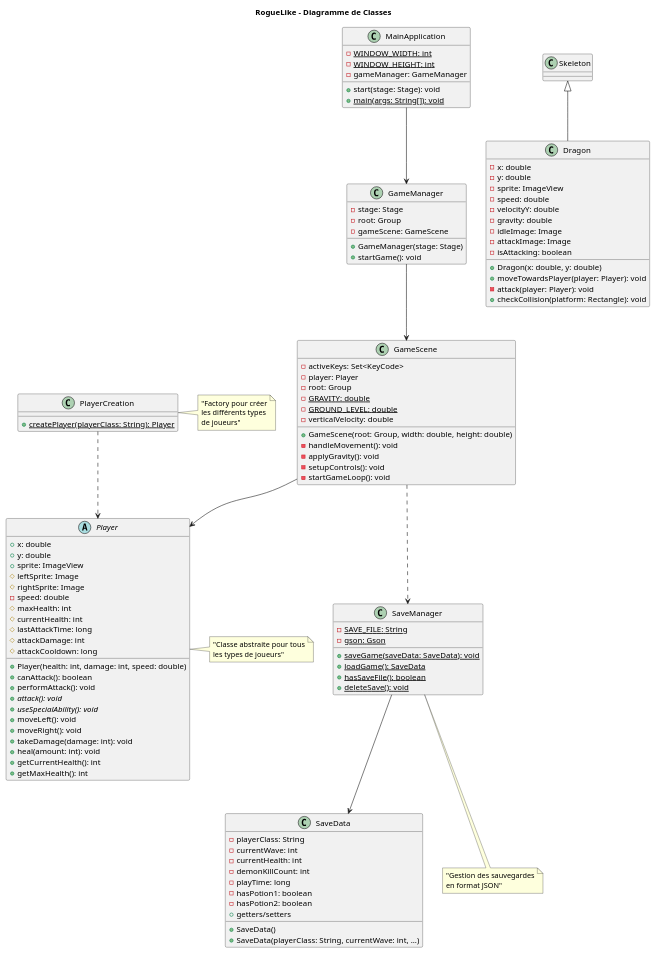
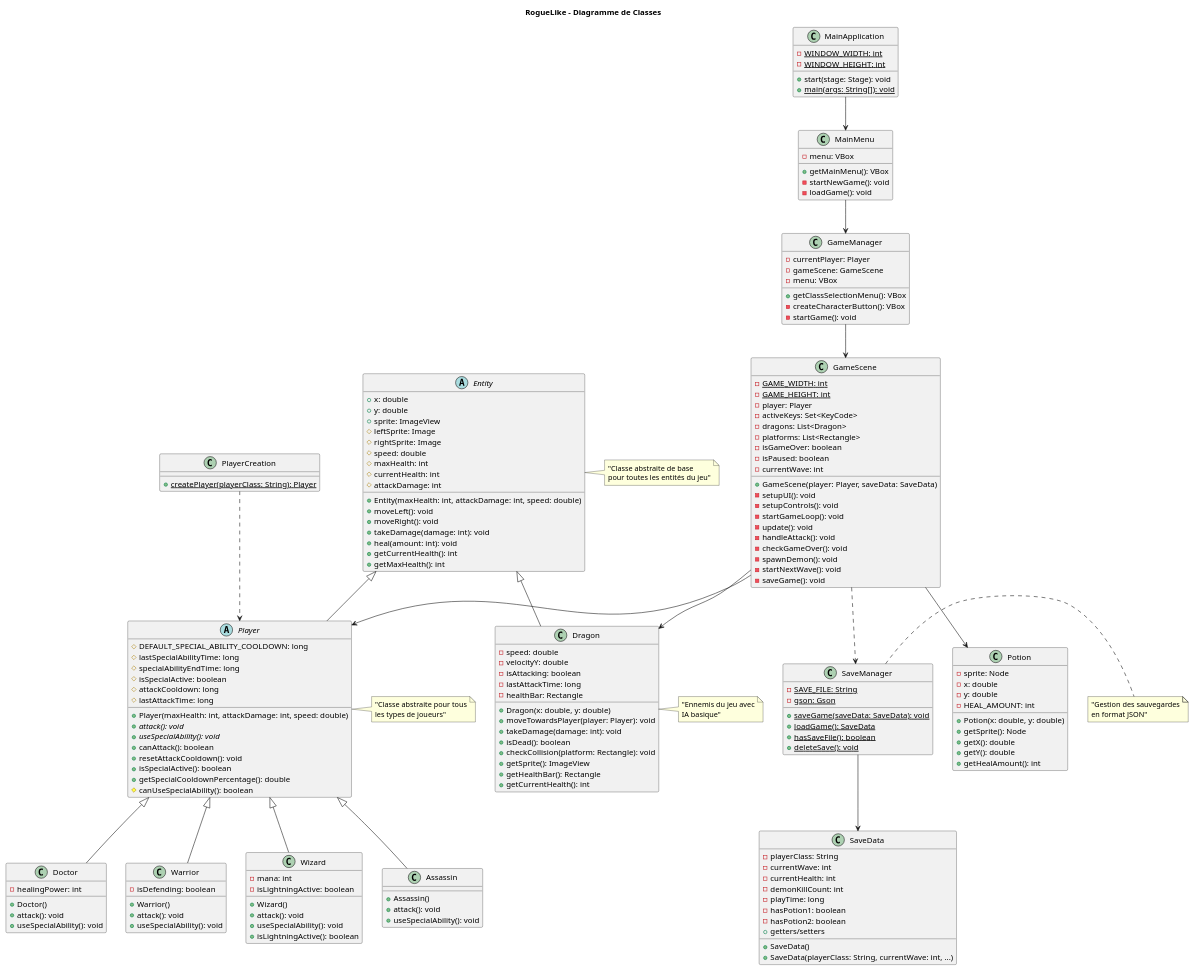
Before and after one commit to TheGoatPh/RogueLike-Ecole: the diagram in diagramme_class.puml, drawn with PlantUML. The commit also changed 12 other files, not shown here.

```diff
--- a/diagramme_class.puml
+++ b/diagramme_class.puml
@@ -1,112 +1,183 @@
 @startuml
 title RogueLike - Diagramme de Classes
 
-abstract class Player {
+abstract class Entity {
   + x: double
   + y: double
   + sprite: ImageView
   # leftSprite: Image
   # rightSprite: Image
-  - speed: double
+  # speed: double
   # maxHealth: int
   # currentHealth: int
-  # lastAttackTime: long
   # attackDamage: int
-  # attackCooldown: long
-  + Player(health: int, damage: int, speed: double)
-  + canAttack(): boolean
-  + performAttack(): void
-  + {abstract} attack(): void
-  + {abstract} useSpecialAbility(): void
+  + Entity(maxHealth: int, attackDamage: int, speed: double)
   + moveLeft(): void
   + moveRight(): void
   + takeDamage(damage: int): void
   + heal(amount: int): void
   + getCurrentHealth(): int
   + getMaxHealth(): int
 }
 
+abstract class Player extends Entity {
+  # DEFAULT_SPECIAL_ABILITY_COOLDOWN: long
+  # lastSpecialAbilityTime: long
+  # specialAbilityEndTime: long
+  # isSpecialActive: boolean
+  # attackCooldown: long
+  # lastAttackTime: long
+  + Player(maxHealth: int, attackDamage: int, speed: double)
+  + {abstract} attack(): void
+  + {abstract} useSpecialAbility(): void
+  + canAttack(): boolean
+  + resetAttackCooldown(): void
+  + isSpecialActive(): boolean
+  + getSpecialCooldownPercentage(): double
+  # canUseSpecialAbility(): boolean
+}
+
+class Warrior extends Player {
+  - isDefending: boolean
+  + Warrior()
+  + attack(): void
+  + useSpecialAbility(): void
+}
+
+class Wizard extends Player {
+  - mana: int
+  - isLightningActive: boolean
+  + Wizard()
+  + attack(): void
+  + useSpecialAbility(): void
+  + isLightningActive(): boolean
+}
+
+class Assassin extends Player {
+  + Assassin()
+  + attack(): void
+  + useSpecialAbility(): void
+}
+
+class Doctor extends Player {
+  - healingPower: int
+  + Doctor()
+  + attack(): void
+  + useSpecialAbility(): void
+}
+
+class Dragon extends Entity {
+  - speed: double
+  - velocityY: double
+  - isAttacking: boolean
+  - lastAttackTime: long
+  - healthBar: Rectangle
+  + Dragon(x: double, y: double)
+  + moveTowardsPlayer(player: Player): void
+  + takeDamage(damage: int): void
+  + isDead(): boolean
+  + checkCollision(platform: Rectangle): void
+  + getSprite(): ImageView
+  + getHealthBar(): Rectangle
+  + getCurrentHealth(): int
+}
+
 class GameScene {
+  - {static} GAME_WIDTH: int
+  - {static} GAME_HEIGHT: int
+  - player: Player
   - activeKeys: Set<KeyCode>
-  - player: Player
-  - root: Group
-  - {static} GRAVITY: double
-  - {static} GROUND_LEVEL: double
-  - verticalVelocity: double
-  + GameScene(root: Group, width: double, height: double)
-  - handleMovement(): void
-  - applyGravity(): void
+  - dragons: List<Dragon>
+  - platforms: List<Rectangle>
+  - isGameOver: boolean
+  - isPaused: boolean
+  - currentWave: int
+  + GameScene(player: Player, saveData: SaveData)
+  - setupUI(): void
   - setupControls(): void
   - startGameLoop(): void
+  - update(): void
+  - handleAttack(): void
+  - checkGameOver(): void
+  - spawnDemon(): void
+  - startNextWave(): void
+  - saveGame(): void
+}
+
+class MainMenu {
+  - menu: VBox
+  + getMainMenu(): VBox
+  - startNewGame(): void
+  - loadGame(): void
 }
 
 class GameManager {
-  - stage: Stage
-  - root: Group
+  - currentPlayer: Player
   - gameScene: GameScene
-  + GameManager(stage: Stage)
-  + startGame(): void
+  - menu: VBox
+  + getClassSelectionMenu(): VBox
+  - createCharacterButton(): VBox
+  - startGame(): void
 }
 
 class SaveManager {
   - {static} SAVE_FILE: String
   - {static} gson: Gson
   + {static} saveGame(saveData: SaveData): void
   + {static} loadGame(): SaveData
   + {static} hasSaveFile(): boolean
   + {static} deleteSave(): void
 }
 
 class SaveData {
   - playerClass: String
   - currentWave: int
   - currentHealth: int
   - demonKillCount: int
   - playTime: long
   - hasPotion1: boolean
   - hasPotion2: boolean
   + SaveData()
   + SaveData(playerClass: String, currentWave: int, ...)
   + getters/setters
 }
 
 class MainApplication {
   - {static} WINDOW_WIDTH: int
   - {static} WINDOW_HEIGHT: int
-  - gameManager: GameManager
   + start(stage: Stage): void
   + {static} main(args: String[]): void
 }
 
 class PlayerCreation {
   + {static} createPlayer(playerClass: String): Player
 }
 
-class Dragon extends Skeleton {
+class Potion {
+  - sprite: Node
   - x: double
   - y: double
-  - sprite: ImageView
-  - speed: double
-  - velocityY: double
-  - gravity: double
-  - idleImage: Image
-  - attackImage: Image
-  - isAttacking: boolean
-  + Dragon(x: double, y: double)
-  + moveTowardsPlayer(player: Player): void
-  - attack(player: Player): void
-  + checkCollision(platform: Rectangle): void
+  - HEAL_AMOUNT: int
+  + Potion(x: double, y: double)
+  + getSprite(): Node
+  + getX(): double
+  + getY(): double
+  + getHealAmount(): int
 }
 
-MainApplication --> GameManager
+MainApplication --> MainMenu
+MainMenu --> GameManager
 GameManager --> GameScene
 GameScene --> Player
+GameScene --> Dragon
+GameScene --> Potion
 GameScene ..> SaveManager
 SaveManager --> SaveData
 PlayerCreation ..> Player
 
+note right of Entity : "Classe abstraite de base\npour toutes les entités du jeu"
 note right of Player : "Classe abstraite pour tous\nles types de joueurs"
-note right of PlayerCreation : "Factory pour créer\nles différents types\nde joueurs"
-note bottom of SaveManager : "Gestion des sauvegardes\nen format JSON"
+note right of Dragon : "Ennemis du jeu avec\nIA basique"
+note right of SaveManager : "Gestion des sauvegardes\nen format JSON"
 
 @enduml
```
